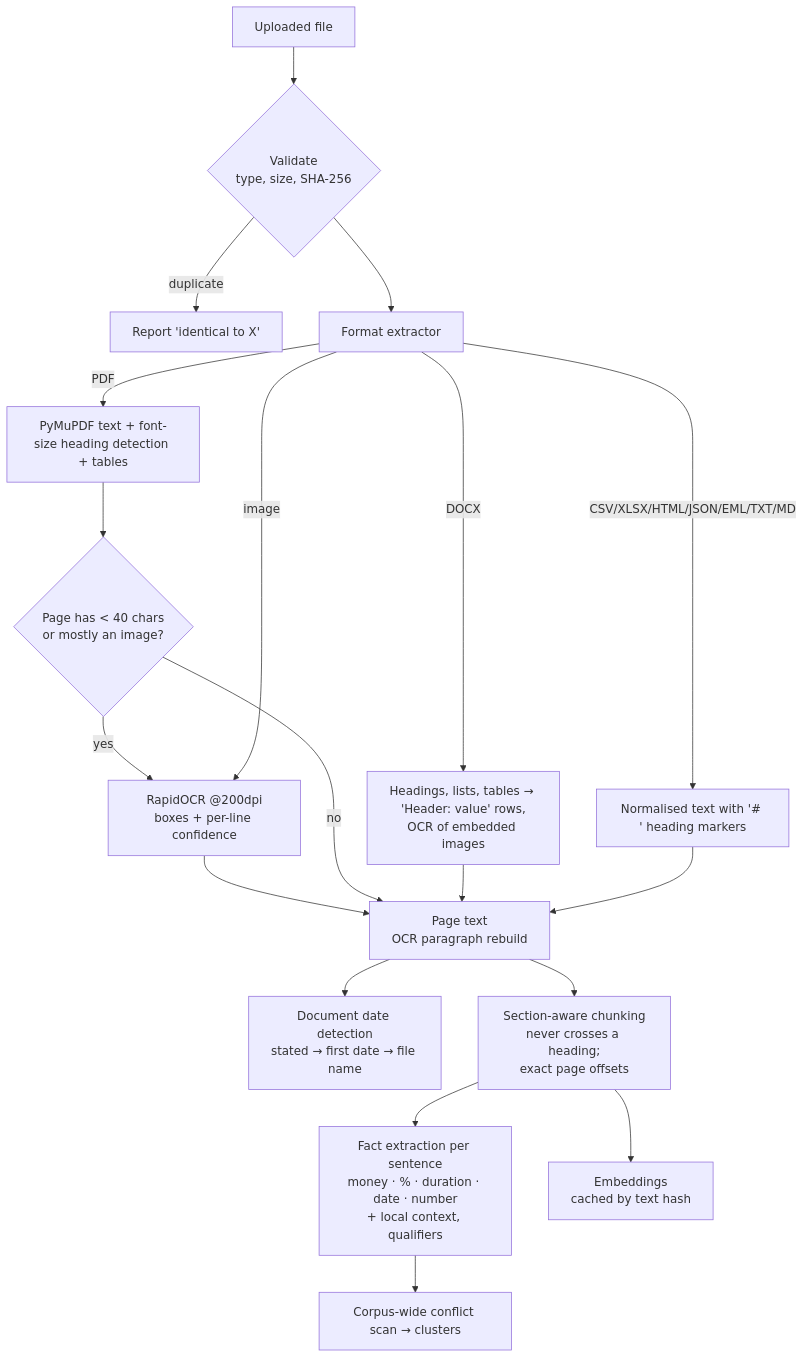
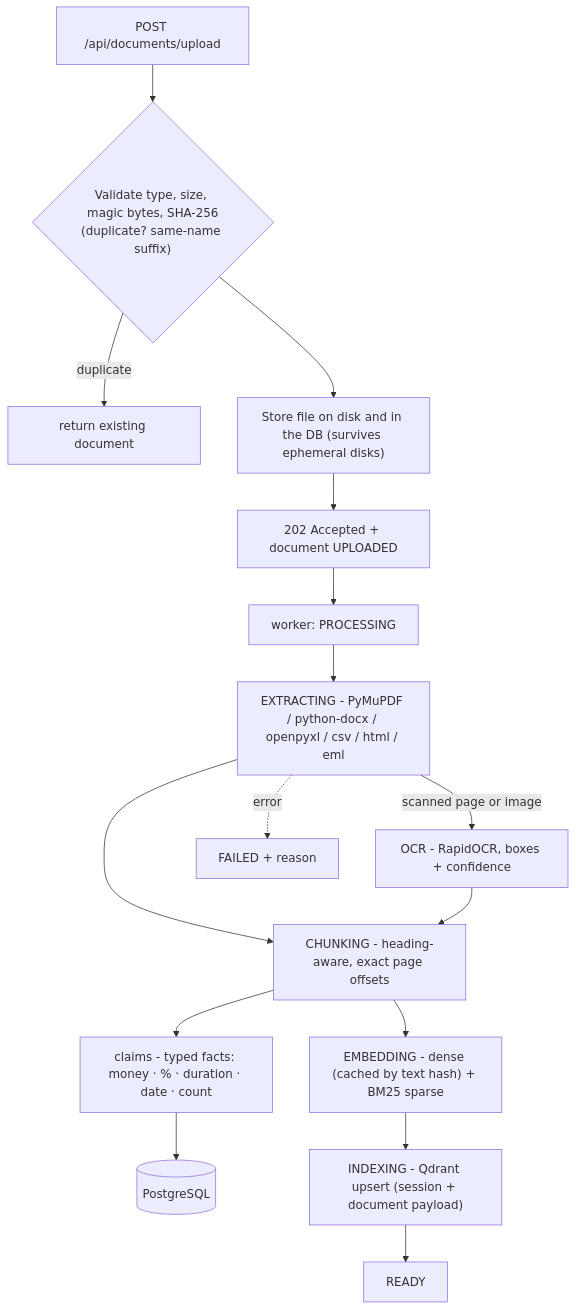
The second of 3 diagrams in docs/ARCHITECTURE.md (sahinurrahman-debug/DocSherlock), drawn with Mermaid before and after one commit. The commit also changed other lines of this file and 169 other files, not shown here.

````diff
--- a/docs/ARCHITECTURE.md
+++ b/docs/ARCHITECTURE.md
@@ -49,21 +37,17 @@
 ```mermaid
 flowchart TD
-    F[Uploaded file] --> V{Validate<br/>type, size, SHA-256}
-    V -- duplicate --> D[Report 'identical to X']
-    V --> X[Format extractor]
-    X --> |PDF| P1[PyMuPDF text + font-size heading detection + tables]
-    P1 --> P2{Page has < 40 chars<br/>or mostly an image?}
-    P2 -- yes --> OCR[RapidOCR @200dpi<br/>boxes + per-line confidence]
-    X --> |image| OCR
-    X --> |DOCX| DX[Headings, lists, tables → 'Header: value' rows,<br/>OCR of embedded images]
-    X --> |CSV/XLSX/HTML/JSON/EML/TXT/MD| TX[Normalised text with '# ' heading markers]
-    OCR --> PT[Page text<br/>OCR paragraph rebuild]
-    P2 -- no --> PT
-    DX --> PT
-    TX --> PT
-    PT --> DT[Document date detection<br/>stated → first date → file name]
-    PT --> CH[Section-aware chunking<br/>never crosses a heading;<br/>exact page offsets]
-    CH --> FA[Fact extraction per sentence<br/>money · % · duration · date · number<br/>+ local context, qualifiers]
-    CH --> EM[Embeddings<br/>cached by text hash]
-    FA --> SC[Corpus-wide conflict scan → clusters]
+    U["POST /api/documents/upload"] --> V{"Validate type, size, magic bytes, SHA-256<br/>(duplicate? same-name suffix)"}
+    V -- duplicate --> DUP["return existing document"]
+    V --> S["Store file on disk and in the DB (survives ephemeral disks)"] --> A["202 Accepted + document UPLOADED"]
+    A --> W["worker: PROCESSING"]
+    W --> E["EXTRACTING - PyMuPDF / python-docx / openpyxl / csv / html / eml"]
+    E -->|scanned page or image| O["OCR - RapidOCR, boxes + confidence"]
+    E --> C
+    O --> C["CHUNKING - heading-aware, exact page offsets"]
+    C --> K["claims - typed facts: money · % · duration · date · count"]
+    C --> M["EMBEDDING - dense (cached by text hash) + BM25 sparse"]
+    K --> PG[(PostgreSQL)]
+    M --> I["INDEXING - Qdrant upsert (session + document payload)"]
+    I --> READY["READY"]
+    E -.->|error| F["FAILED + reason"]
 ```
````
